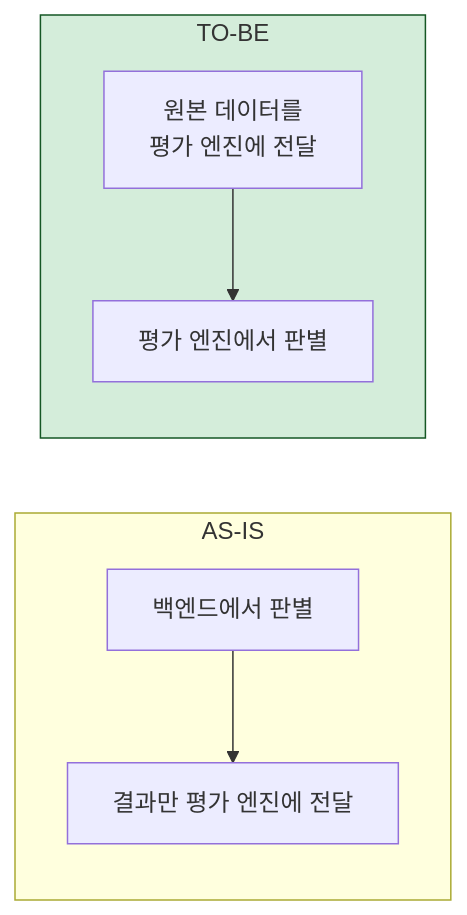
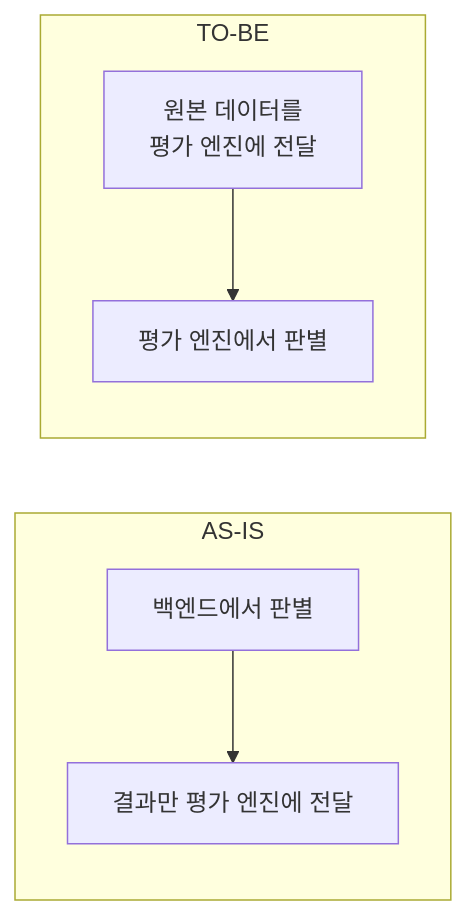
The sixth of 7 diagrams in _posts/2025-12-05-건강보험-연소득-산정의-엣지케이스-비즈니스-규칙이-코드보다-어려울-때.md (Gyubster/til), drawn with Mermaid before and after one commit. The commit also changed other lines of this file and 13 other files, not shown here.

Commit message:
Mermaid 렌더링 수정: subgraph style 명령 제거

````diff
--- a/_posts/2025-12-05-건강보험-연소득-산정의-엣지케이스-비즈니스-규칙이-코드보다-어려울-때.md
+++ b/_posts/2025-12-05-건강보험-연소득-산정의-엣지케이스-비즈니스-규칙이-코드보다-어려울-때.md
@@ -122,10 +118,9 @@
 ```mermaid
 flowchart LR
     subgraph before["AS-IS"]
         A["백엔드에서 판별"] --> B["결과만 평가 엔진에 전달"]
     end
     subgraph after["TO-BE"]
         C["원본 데이터를<br>평가 엔진에 전달"] --> D["평가 엔진에서 판별"]
     end
-    style after fill:#d4edda,stroke:#155724
 ```
````
